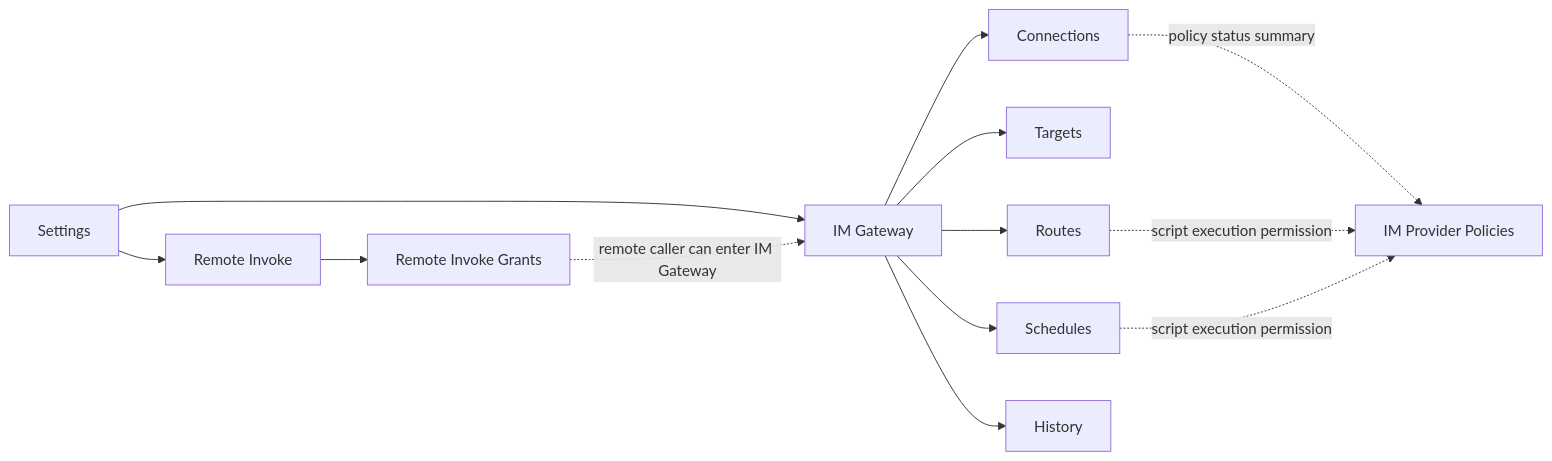
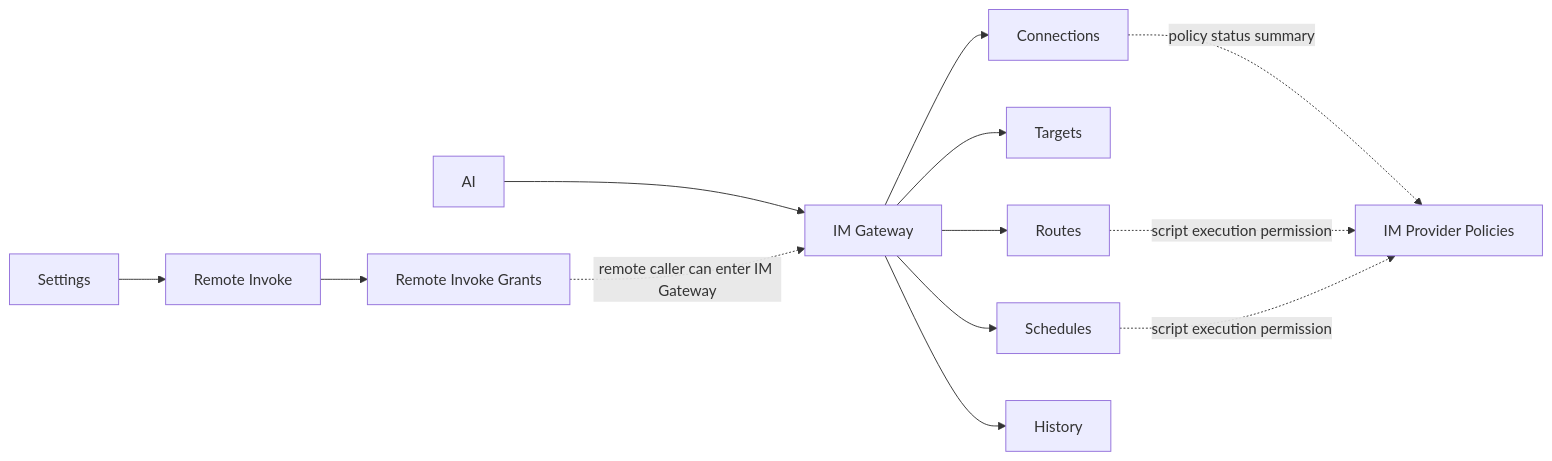
One commit to bifrost-proxy/bifrost changed the first of 6 diagrams in design/im-gateway.md. Above: the diagram before and after it, drawn with Mermaid. The commit also changed other lines of this file and 44 other files, not shown here.

````diff
--- a/design/im-gateway.md
+++ b/design/im-gateway.md
@@ -285,26 +291,27 @@
 ```mermaid
 flowchart LR
     Settings["Settings"]
+    Ai["AI"]
     RemoteInvoke["Remote Invoke"]
     ImGateway["IM Gateway"]
     Connections["Connections"]
     Targets["Targets"]
     Routes["Routes"]
     Schedules["Schedules"]
     History["History"]
     Policies["IM Provider Policies"]
     Grants["Remote Invoke Grants"]
 
     Settings --> RemoteInvoke
-    Settings --> ImGateway
+    Ai --> ImGateway
     ImGateway --> Connections
     ImGateway --> Targets
     ImGateway --> Routes
     ImGateway --> Schedules
     ImGateway --> History
     RemoteInvoke --> Grants
     Connections -. "policy status summary" .-> Policies
     Routes -. "script execution permission" .-> Policies
     Schedules -. "script execution permission" .-> Policies
     Grants -. "remote caller can enter IM Gateway" .-> ImGateway
 ```
````
